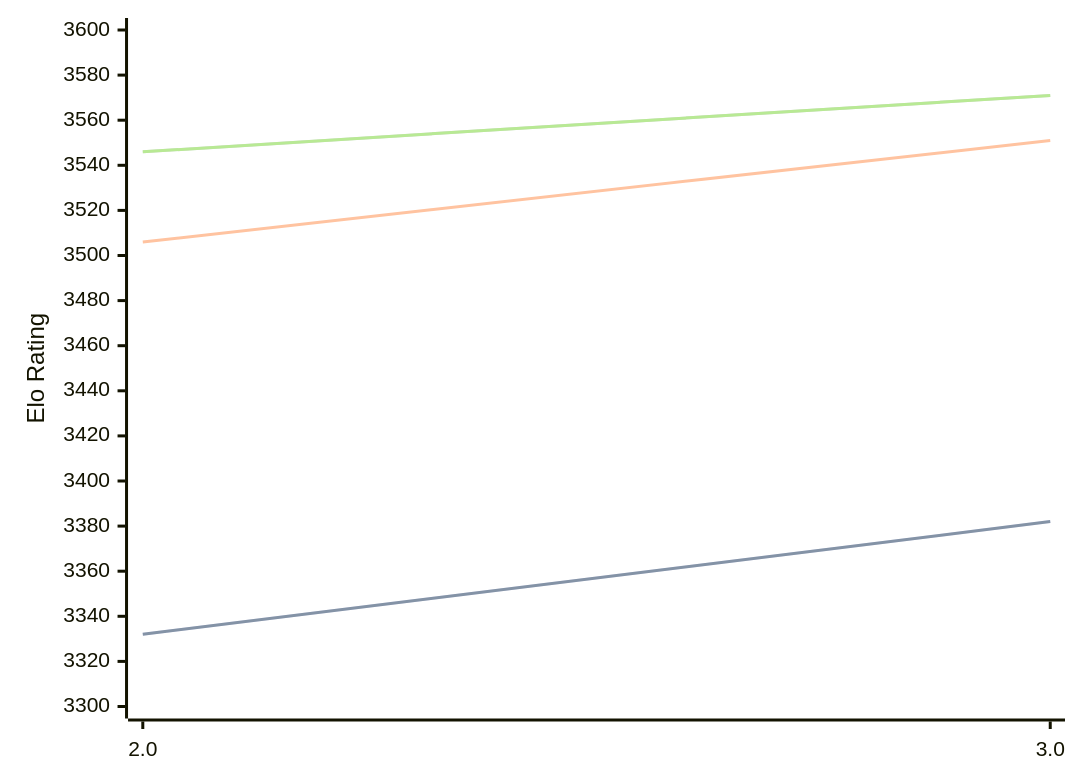
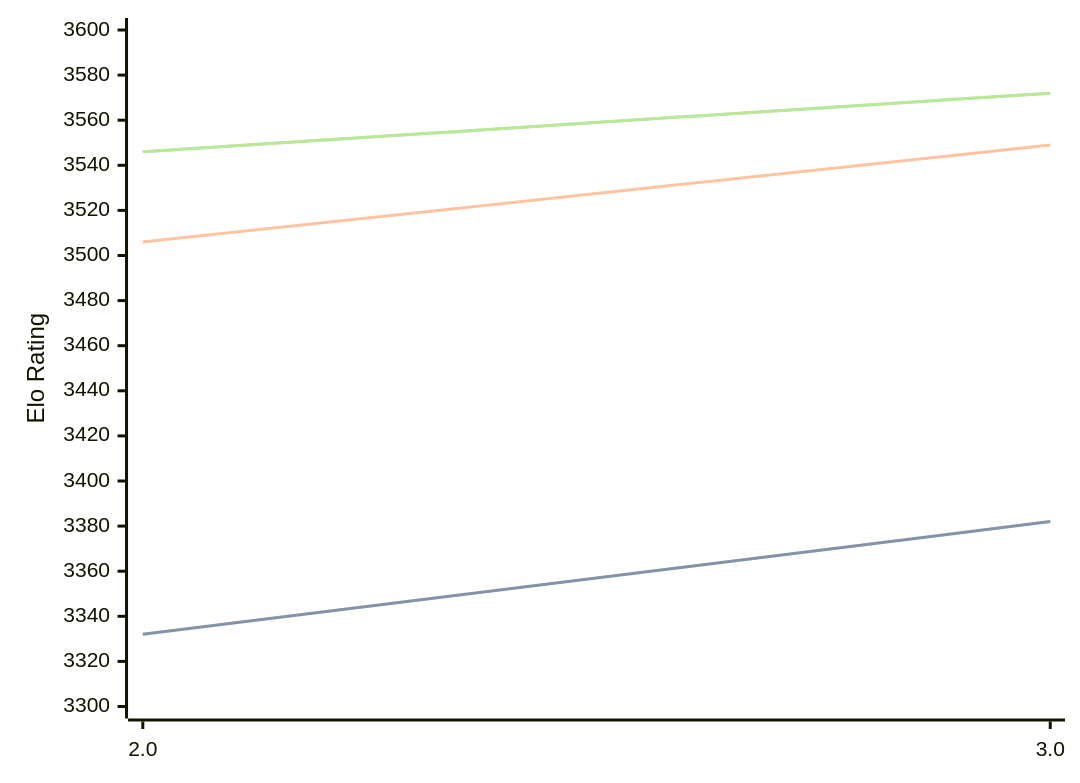
Before and after one commit to computer-chess-index/cci: the diagram in engines/Quanticade.md, drawn with Mermaid. The commit also changed other lines of this file, not shown here.

Commit message:
Update CCI Ratings (ELO VLTC) - 2026-03-18

````diff
--- a/engines/Quanticade.md
+++ b/engines/Quanticade.md
@@ -39,11 +39,11 @@
 ```mermaid
 %%{init: {"theme":"base","themeVariables":{"seriesColors:['#a3a3a3','#222221','#faa371']}}}%%
 xychart-beta
   x-axis ["2.0", "3.0"]
   y-axis "Elo Rating" 3300 --> 3600
   line "STC (8.0+0.08s)" [3332, 3382]
   line "STC (8.0+0.08s)" [3332, 3382]
-  line "LTC (60.0+0.60s)" [3506, 3551]
-  line "VLTC (2m24s+1.12s)" [3546, 3571]
-  line "VLTC (2m24s+1.12s)" [3546, 3571]
+  line "LTC (60.0+0.60s)" [3506, 3549]
+  line "VLTC (2m24s+1.12s)" [3546, 3572]
+  line "VLTC (2m24s+1.12s)" [3546, 3572]
 ```
````
